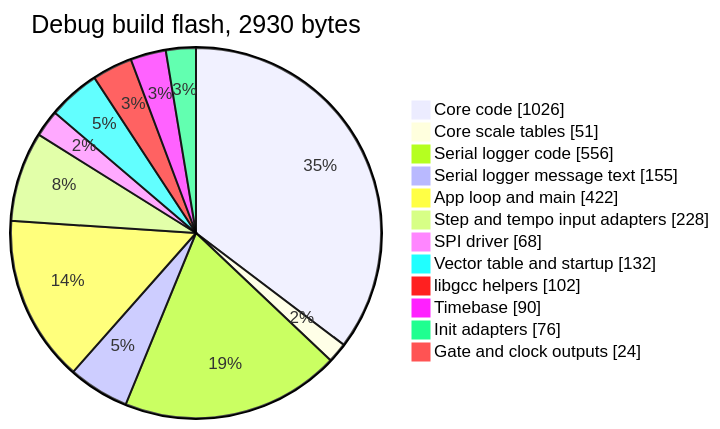
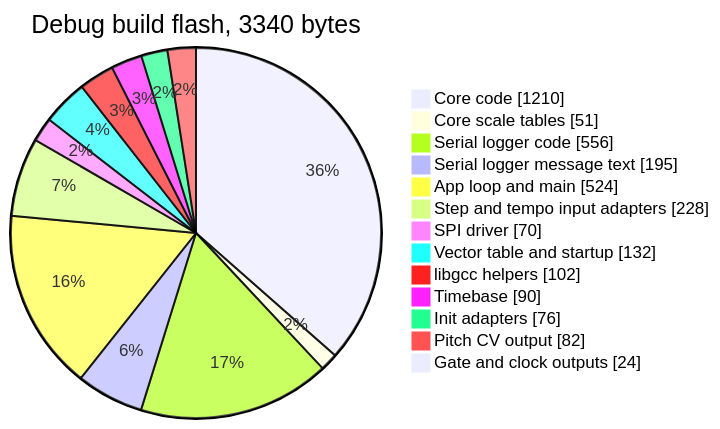
One commit to BonelessPig/nano_sequencer changed diagram 20 of 21 in docs/ARCHITECTURE.md. Above: the diagram before and after it, drawn with Mermaid. The commit also changed other lines of this file and 34 other files, not shown here.

````diff
--- a/docs/ARCHITECTURE.md
+++ b/docs/ARCHITECTURE.md
@@ -721,16 +784,17 @@
 ```mermaid
 pie showData
-    title Debug build flash, 2930 bytes
-    "Core code" : 1026
+    title Debug build flash, 3340 bytes
+    "Core code" : 1210
     "Core scale tables" : 51
     "Serial logger code" : 556
-    "Serial logger message text" : 155
-    "App loop and main" : 422
+    "Serial logger message text" : 195
+    "App loop and main" : 524
     "Step and tempo input adapters" : 228
-    "SPI driver" : 68
+    "SPI driver" : 70
     "Vector table and startup" : 132
     "libgcc helpers" : 102
     "Timebase" : 90
     "Init adapters" : 76
+    "Pitch CV output" : 82
     "Gate and clock outputs" : 24
 ```
````
